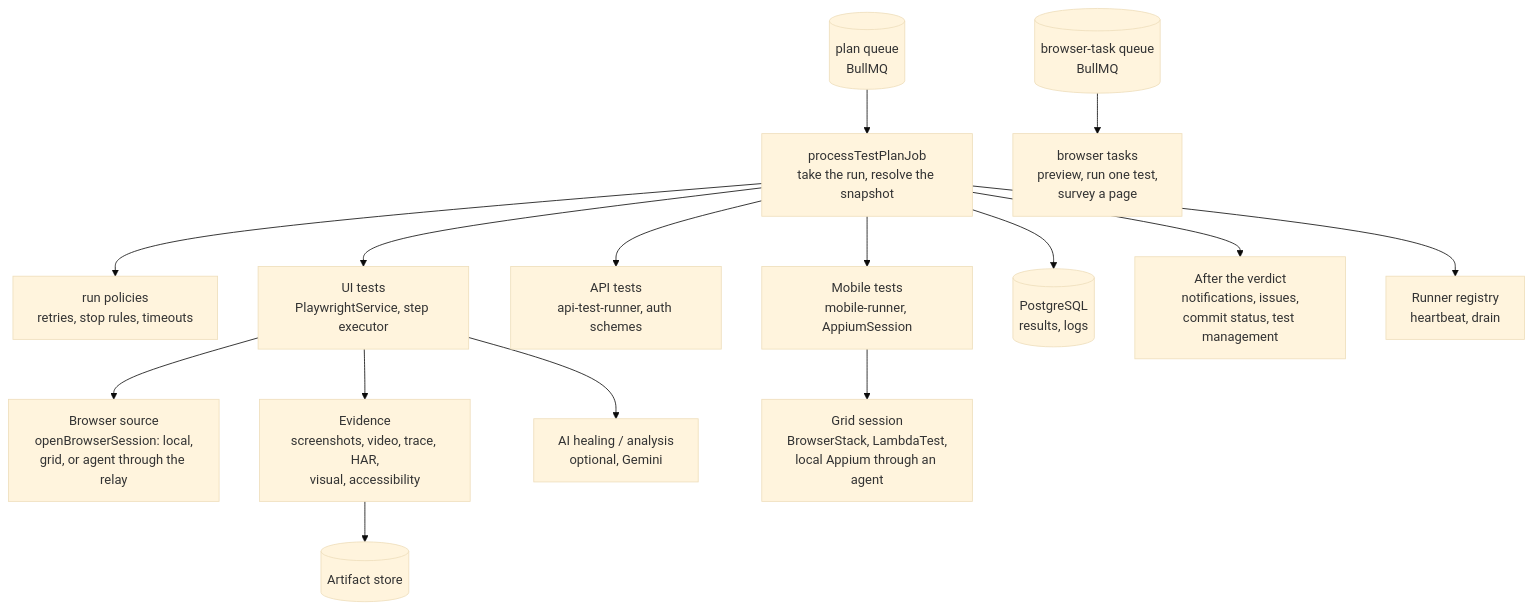
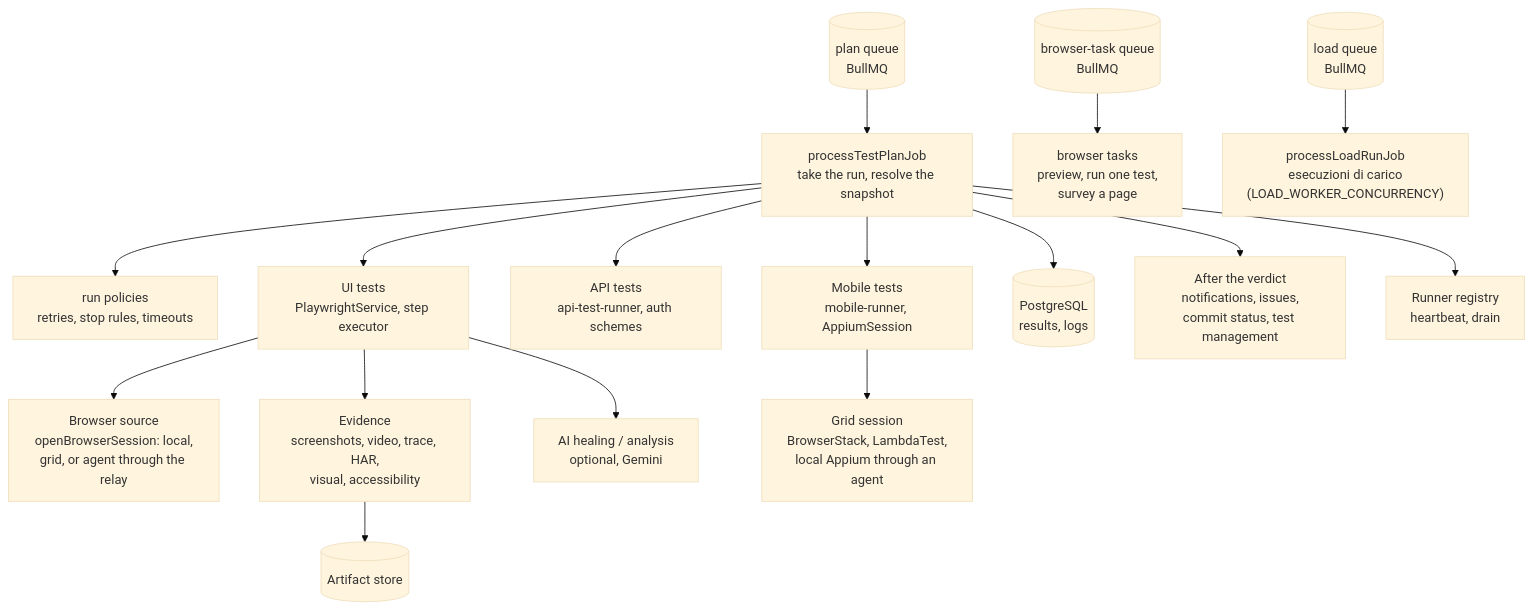
The fourth of 6 diagrams in docs/it/internals/system-architecture.md (Markg981/WebFlowMaster), drawn with Mermaid (base theme) before and after one commit. The commit also changed other lines of this file and 58 other files, not shown here.

````diff
--- a/docs/it/internals/system-architecture.md
+++ b/docs/it/internals/system-architecture.md
@@ -154,17 +154,18 @@
 ```mermaid
 flowchart TB
   Q1[("plan queue<br/>BullMQ")] --> PJ["processTestPlanJob<br/>take the run, resolve the snapshot"]
   Q2[("browser-task queue<br/>BullMQ")] --> BT["browser tasks<br/>preview, run one test,<br/>survey a page"]
+  Q3[("load queue<br/>BullMQ")] --> LR["processLoadRunJob<br/>esecuzioni di carico<br/>(LOAD_WORKER_CONCURRENCY)"]
   PJ --> RP["run policies<br/>retries, stop rules, timeouts"]
   PJ --> UI["UI tests<br/>PlaywrightService, step executor"]
   PJ --> API["API tests<br/>api-test-runner, auth schemes"]
   PJ --> MOBR["Mobile tests<br/>mobile-runner, AppiumSession"]
   UI --> BP["Browser source<br/>openBrowserSession: local,<br/>grid, or agent through the relay"]
   MOBR --> GRIDS["Grid session<br/>BrowserStack, LambdaTest,<br/>local Appium through an agent"]
   UI --> EV["Evidence<br/>screenshots, video, trace, HAR,<br/>visual, accessibility"]
   EV --> ART[("Artifact store")]
   PJ --> RES[("PostgreSQL<br/>results, logs")]
   PJ --> FIN["After the verdict<br/>notifications, issues,<br/>commit status, test management"]
   PJ --> HB["Runner registry<br/>heartbeat, drain"]
   UI --> HEAL["AI healing / analysis<br/>optional, Gemini"]
 ```
````
